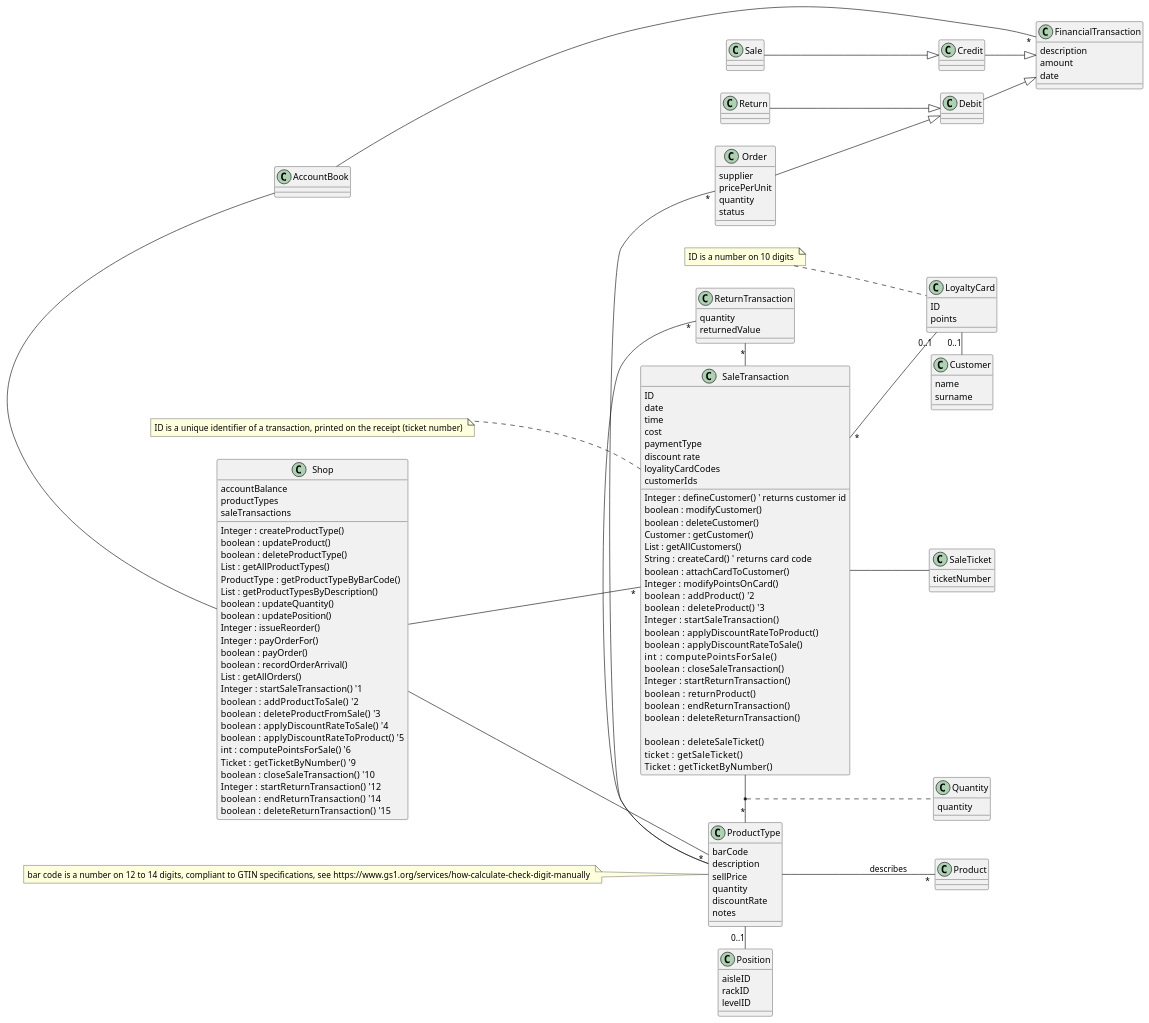
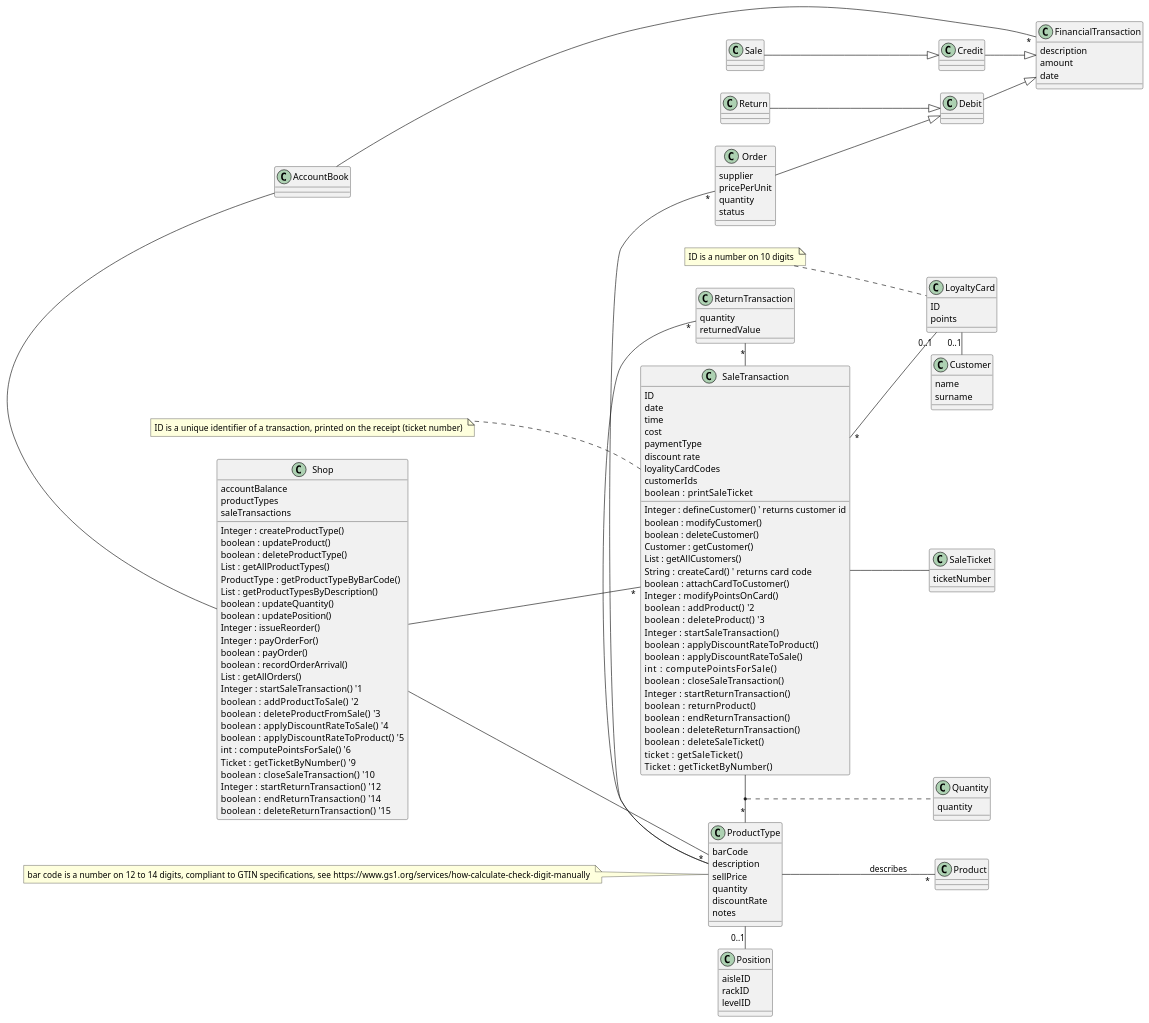
One commit to zitabou/EZShop changed the second of 2 diagrams in Deliverables/DesignDocument.md. Above: the diagram before and after it, drawn with PlantUML. The commit also changed other lines of this file, not shown here.

Commit message:
Update SaleTransaction

```diff
--- a/Deliverables/DesignDocument.md
+++ b/Deliverables/DesignDocument.md
@@ -147,7 +147,7 @@
     boolean   : returnProduct()
     boolean   : endReturnTransaction()
     boolean   : deleteReturnTransaction()
-
+    boolean   : printSaleTicket
     boolean   : deleteSaleTicket()
     ticket    : getSaleTicket()
     Ticket    : getTicketByNumber()
```
